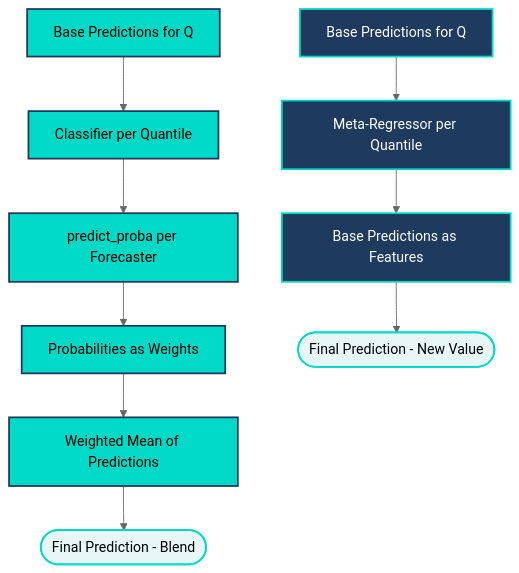
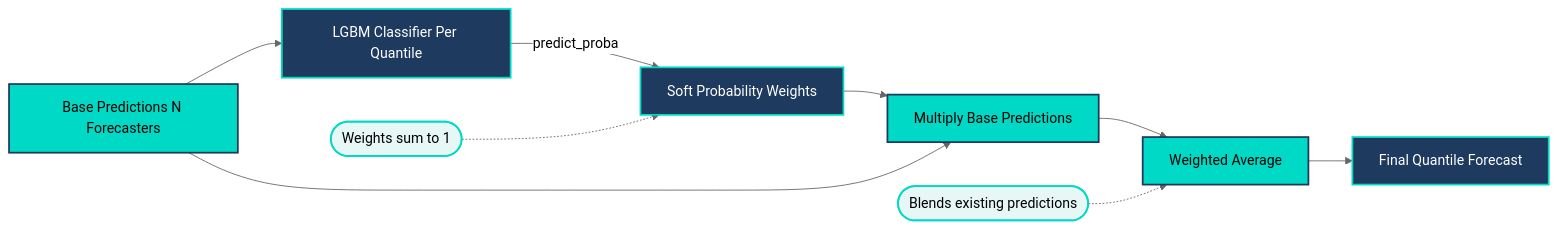
One commit to OpenSTEF/openstef changed the diagram in docs/source/diagrams/user_guide/concepts/metalearning_diagram_2.mmd. Above: the diagram before and after it, drawn with Mermaid (neutral theme). The commit also changed 7 other files, not shown here.

Commit message:
docs: add generated Mermaid diagrams for release release/v4.0.0

```diff
--- a/docs/source/diagrams/user_guide/concepts/metalearning_diagram_2.mmd
+++ b/docs/source/diagrams/user_guide/concepts/metalearning_diagram_2.mmd
@@ -1,18 +1,15 @@
-graph TD
-    A[Base Predictions for Q] --> B[Classifier per Quantile]
-    B --> C[predict_proba per Forecaster]
-    C --> D[Probabilities as Weights]
-    D --> E[Weighted Mean of Predictions]
-    E --> F([Final Prediction - Blend])
-
-    G[Base Predictions for Q] --> H[Meta-Regressor per Quantile]
-    H --> I[Base Predictions as Features]
-    I --> J([Final Prediction - New Value])
-
+graph LR
+    A[Base Predictions N Forecasters] --> B[LGBM Classifier Per Quantile]
+    B -->|predict_proba| C[Soft Probability Weights]
+    C --> D[Multiply Base Predictions]
+    A --> D
+    D --> E[Weighted Average]
+    E --> F[Final Quantile Forecast]
+    G([Weights sum to 1]) -.-> C
+    H([Blends existing predictions]) -.-> E
     classDef primary fill:#00D9C5,stroke:#1E3A5F,stroke-width:2px,color:#000
     classDef secondary fill:#1E3A5F,stroke:#00D9C5,stroke-width:2px,color:#fff
     classDef accent fill:#e6f7f5,stroke:#00D9C5,stroke-width:2px,color:#000
-
-    class A,B,C,D,E primary
-    class G,H,I secondary
-    class F,J accent
+    class A,D,E primary
+    class B,C,F secondary
+    class G,H accent
```
